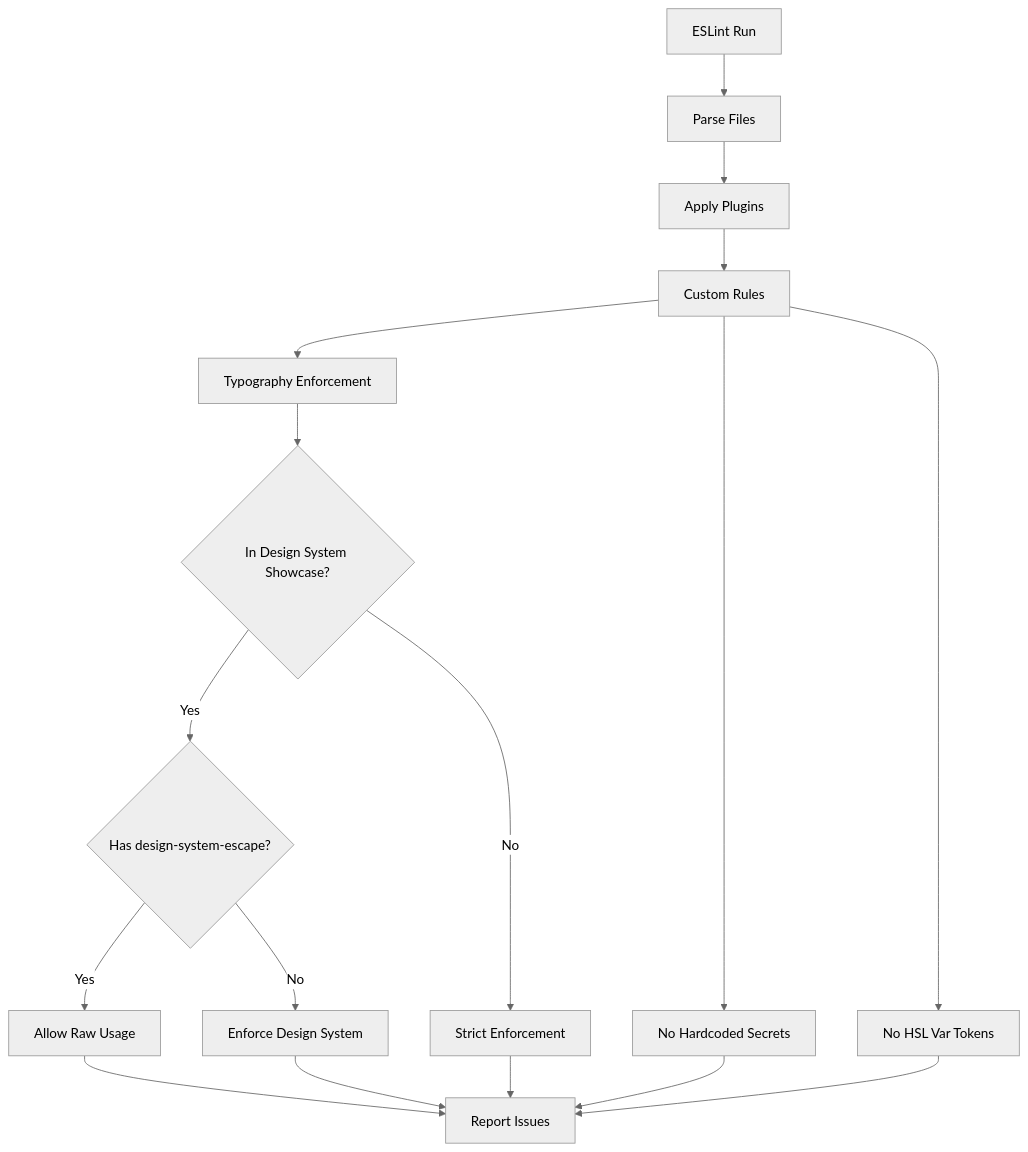
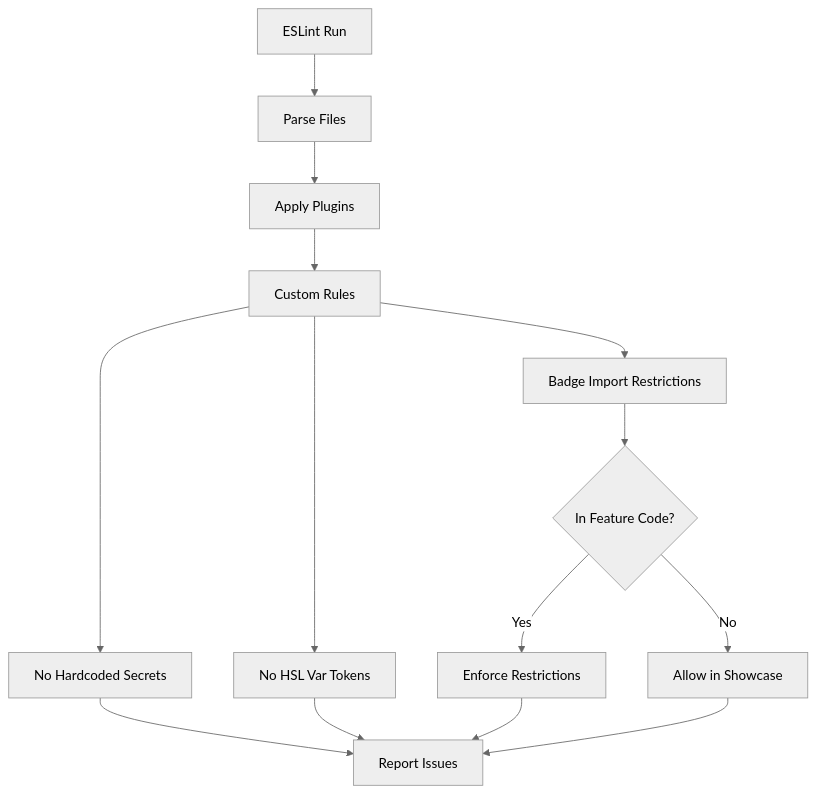
The ninth of 11 diagrams in .qoder/repowiki/en/content/Development Guide/Development Guide.md (SinesysTech/zattar-os), drawn with Mermaid (neutral theme) before and after one commit. The commit also changed other lines of this file and 103 other files, not shown here.

````diff
--- a/.qoder/repowiki/en/content/Development Guide/Development Guide.md
+++ b/.qoder/repowiki/en/content/Development Guide/Development Guide.md
@@ -387,19 +387,16 @@
 ```mermaid
 flowchart TD
 ESLint["ESLint Run"] --> Parse["Parse Files"]
 Parse --> Plugins["Apply Plugins"]
 Plugins --> Custom["Custom Rules"]
 Custom --> Secrets["No Hardcoded Secrets"]
 Custom --> HSL["No HSL Var Tokens"]
-Custom --> Typography["Typography Enforcement"]
-Typography --> CheckScope{"In Design System Showcase?"}
-CheckScope --> |Yes| CheckComment{"Has design-system-escape?"}
-CheckScope --> |No| StrictEnforce["Strict Enforcement"]
-CheckComment --> |Yes| AllowRaw["Allow Raw Usage"]
-CheckComment --> |No| EnforceDS["Enforce Design System"]
-AllowRaw --> Report["Report Issues"]
-EnforceDS --> Report
-StrictEnforce --> Report
-Secrets --> Report
+Custom --> Badge["Badge Import Restrictions"]
+Badge --> CheckScope{"In Feature Code?"}
+CheckScope --> |Yes| Enforce["Enforce Restrictions"]
+CheckScope --> |No| Allow["Allow in Showcase"]
+Secrets --> Report["Report Issues"]
 HSL --> Report
+Enforce --> Report
+Allow --> Report
 ```
````
